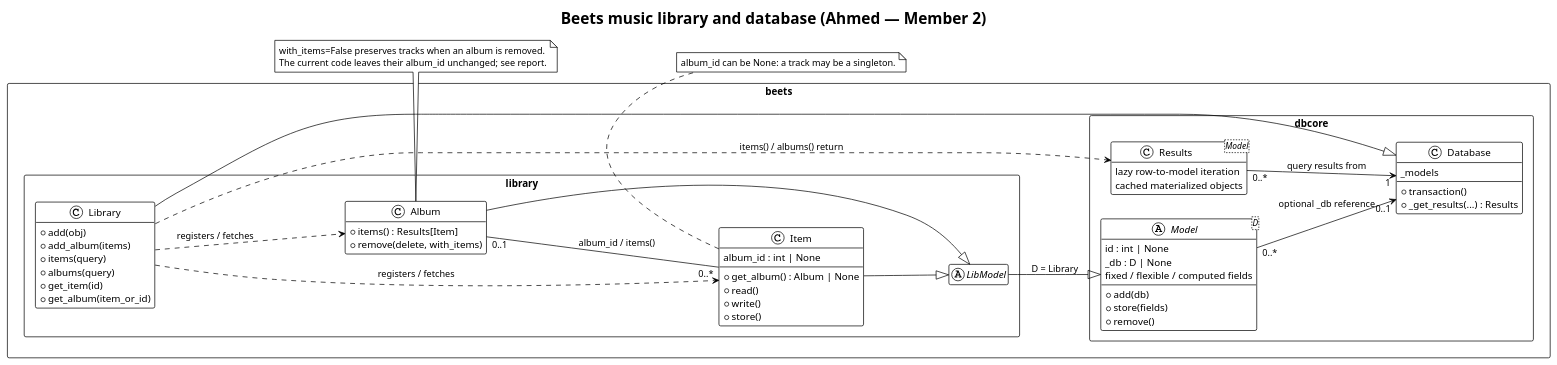
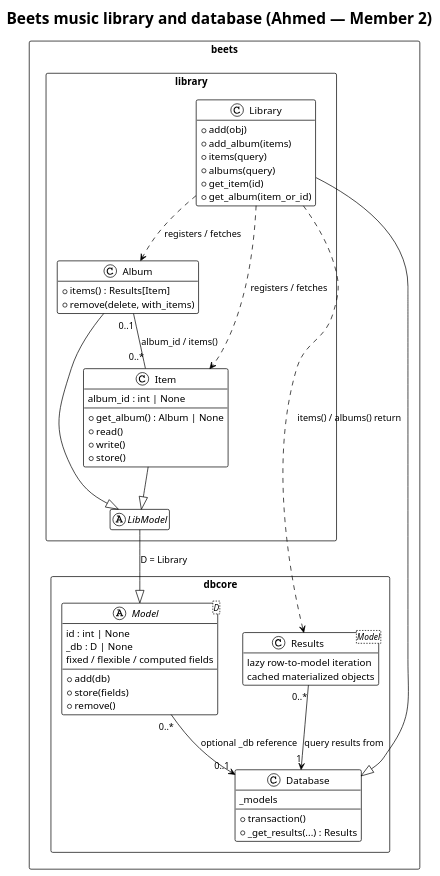
The diagram in assignment1-analysis/ahmed-library-database.puml (uoguelph-engg4450/F26-Group12-beets), drawn with PlantUML before and after one commit. The commit also changed 1 other file, not shown here.

Commit message:
adjusted UML class diagram for better fitting in the report

```diff
--- a/assignment1-analysis/ahmed-library-database.puml
+++ b/assignment1-analysis/ahmed-library-database.puml
@@ -1,77 +1,69 @@
 @startuml
 !theme plain
 allowmixing
 title Beets music library and database (Ahmed — Member 2)
-left to right direction
+top to bottom direction
 skinparam packageStyle rectangle
 hide empty members
 
 package "beets.library" {
   class Library {
     +add(obj)
     +add_album(items)
     +items(query)
     +albums(query)
     +get_item(id)
     +get_album(item_or_id)
   }
 
   abstract class LibModel
 
   class Album {
     +items() : Results[Item]
     +remove(delete, with_items)
   }
 
   class Item {
     album_id : int | None
     +get_album() : Album | None
     +read()
     +write()
     +store()
   }
 }
 
 package "beets.dbcore" {
   abstract class "Model<D>" as Model {
     id : int | None
     _db : D | None
     fixed / flexible / computed fields
     +add(db)
     +store(fields)
     +remove()
   }
 
   class Database {
     _models
     +transaction()
     +_get_results(...) : Results
   }
 
   class "Results<Model>" as Results {
     lazy row-to-model iteration
     cached materialized objects
   }
 }
 
 Library --|> Database
 LibModel --|> Model : D = Library
 Item --|> LibModel
 Album --|> LibModel
 
 Library ..> Item : registers / fetches
 Library ..> Album : registers / fetches
 Album "0..1" -- "0..*" Item : album_id / items()
 Model "0..*" --> "0..1" Database : optional _db reference
 Library ..> Results : items() / albums() return
 Results "0..*" --> "1" Database : query results from
 
-note bottom of Item
-  album_id can be None: a track may be a singleton.
-end note
-
-note bottom of Album
-  with_items=False preserves tracks when an album is removed.
-  The current code leaves their album_id unchanged; see report.
-end note
 @enduml
```
